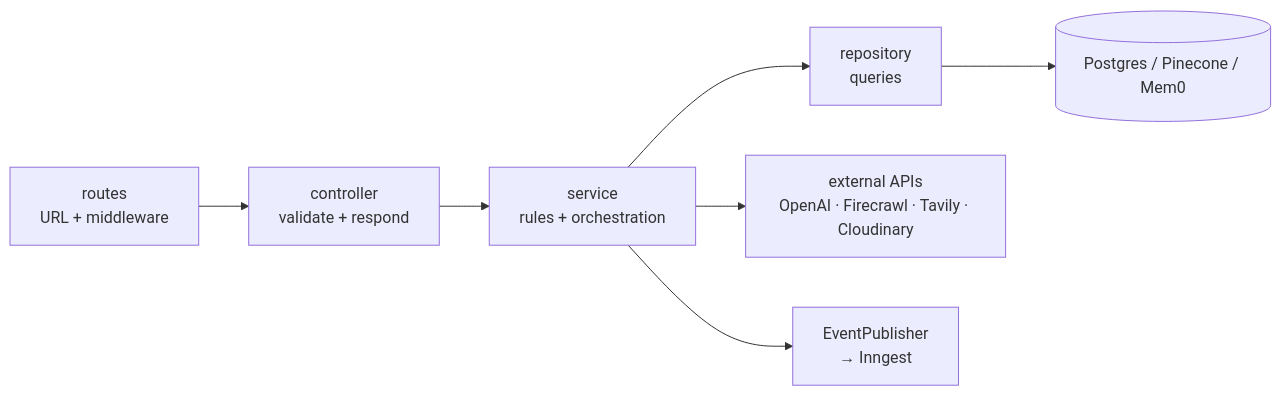
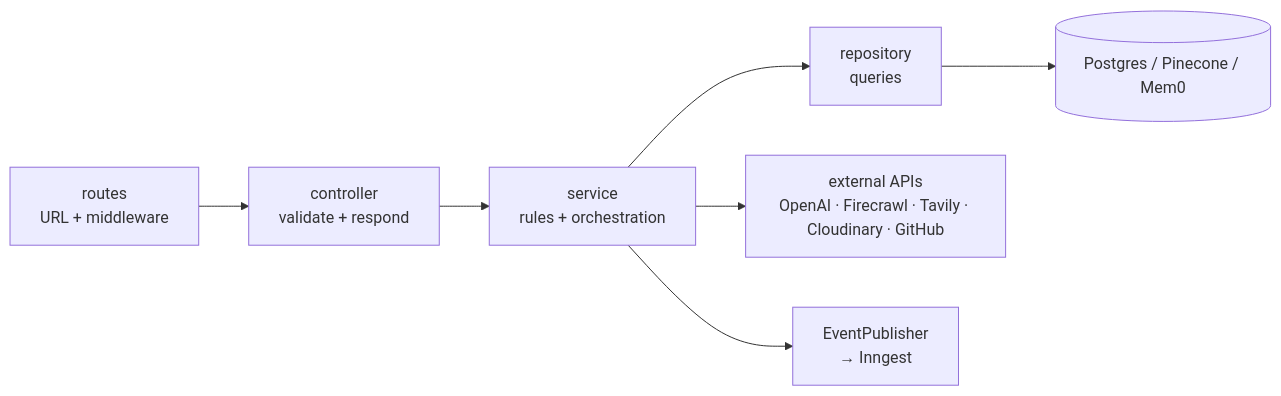
Before and after one commit to mohammedsaif001/grounded-brain-notebook-llm: the third of 12 diagrams in docs/ARCHITECTURE.md, drawn with Mermaid. The commit also changed other lines of this file and 11 other files, not shown here.

Commit message:
Updating Postman collection, diagrams, smoke tests

````diff
--- a/docs/ARCHITECTURE.md
+++ b/docs/ARCHITECTURE.md
@@ -419,6 +421,6 @@
 ```mermaid
 flowchart LR
     R["routes<br/>URL + middleware"] --> C["controller<br/>validate + respond"] --> S["service<br/>rules + orchestration"] --> RP["repository<br/>queries"] --> DB[("Postgres / Pinecone / Mem0")]
-    S --> X["external APIs<br/>OpenAI · Firecrawl · Tavily · Cloudinary"]
+    S --> X["external APIs<br/>OpenAI · Firecrawl · Tavily · Cloudinary · GitHub"]
     S --> E["EventPublisher<br/>→ Inngest"]
 ```
````
